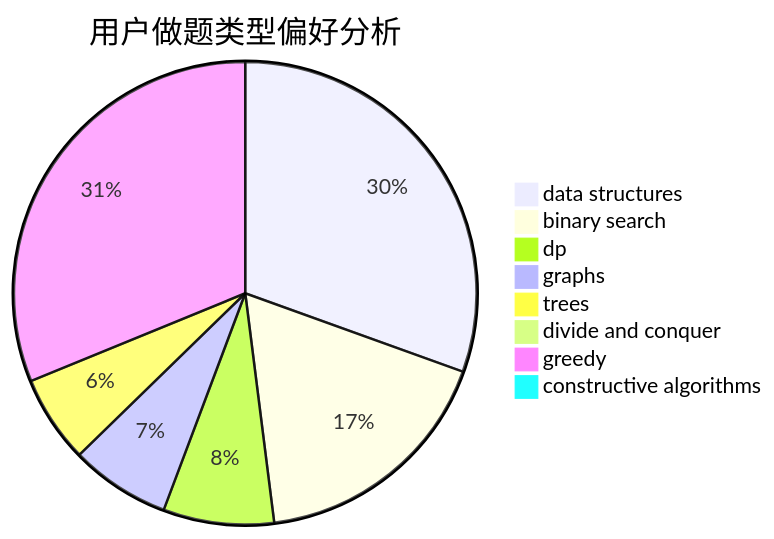
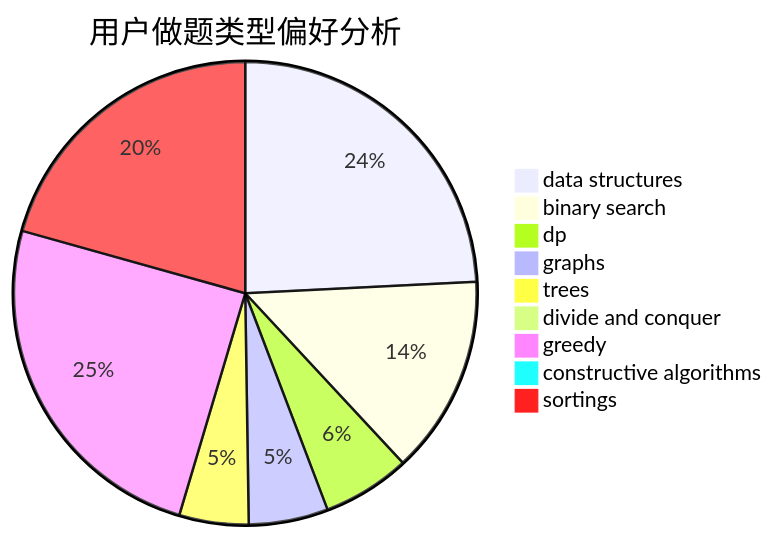
One commit to sherpahu/cfrs.github.io changed the second of 3 diagrams in docs/user/u1265.md. Above: the diagram before and after it, drawn with Mermaid. The commit also changed other lines of this file and 2769 other files, not shown here.

````diff
--- a/docs/user/u1265.md
+++ b/docs/user/u1265.md
@@ -23,11 +18,12 @@
 ```mermaid
 pie title 用户做题类型偏好分析
     "data structures" :  450
     "binary search" :  258
     "dp" :  114
     "graphs" :  103
     "trees" :  90
     "divide and conquer" :  3
     "greedy" :  460
     "constructive algorithms" :  13
+    "sortings" :  384
 ```
````
